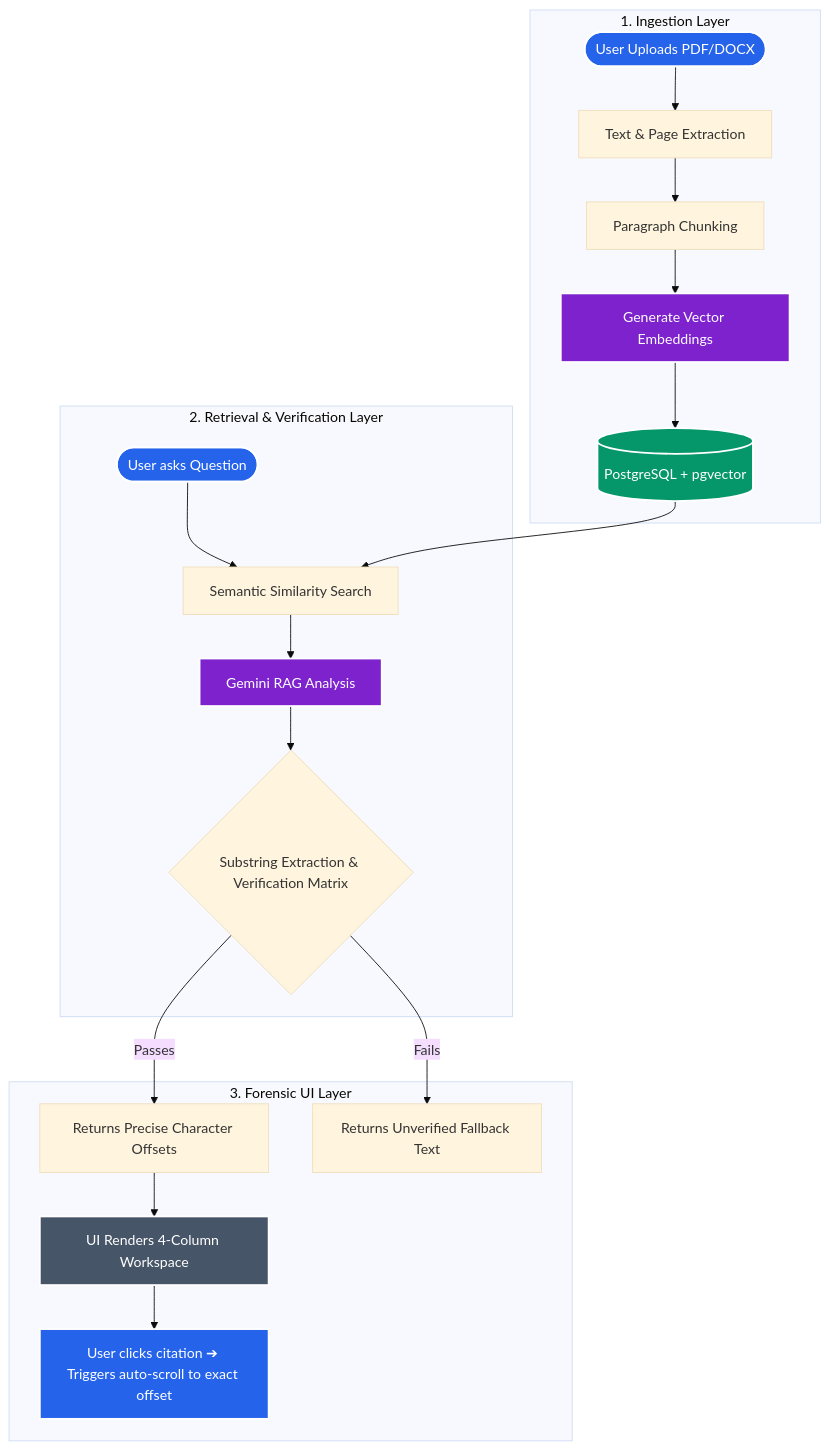
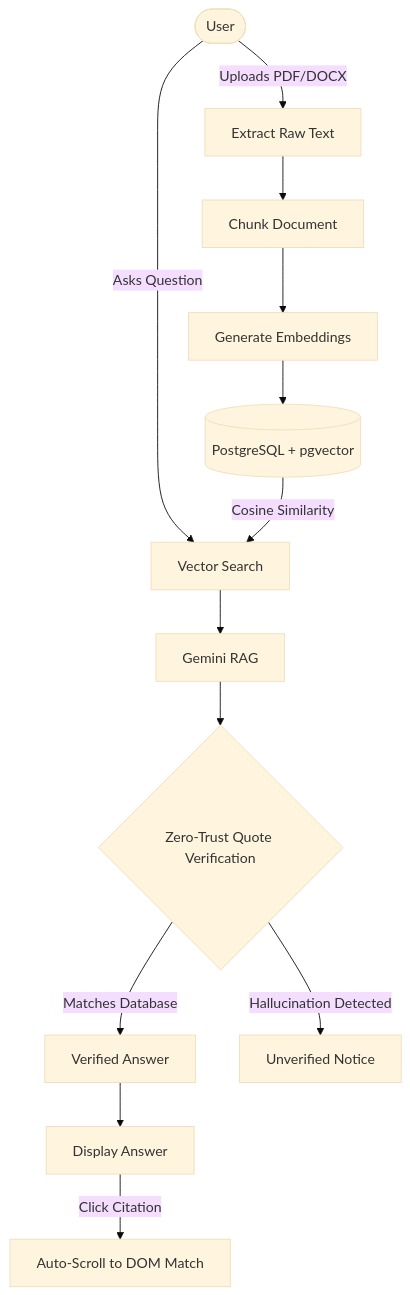
One commit to Garvit-Trivedi/legal-contract-analyzer changed the first of 4 diagrams in README.md. Above: the diagram before and after it, drawn with Mermaid (base theme). The commit also changed other lines of this file and 1 other file, not shown here.

````diff
--- a/README.md
+++ b/README.md
@@ -21,29 +27,18 @@
 ```mermaid
 flowchart TD
-    %% Styling
-    classDef user fill:#2563eb,stroke:#fff,stroke-width:2px,color:#fff
-    classDef ai fill:#7e22ce,stroke:#fff,stroke-width:2px,color:#fff
-    classDef db fill:#059669,stroke:#fff,stroke-width:2px,color:#fff
-    classDef ui fill:#475569,stroke:#fff,stroke-width:2px,color:#fff
-
-    subgraph "1. Ingestion Layer"
-    U([User Uploads PDF/DOCX]):::user --> E[Text & Page Extraction]
-    E --> C[Paragraph Chunking]
-    C --> V[Generate Vector Embeddings]:::ai
-    V --> DB[(PostgreSQL + pgvector)]:::db
-    end
-
-    subgraph "2. Retrieval & Verification Layer"
-    UQ([User asks Question]):::user --> SR[Semantic Similarity Search]
-    DB --> SR
-    SR --> GM[Gemini RAG Analysis]:::ai
-    GM --> VF{Substring Extraction & Verification Matrix}
-    end
-
-    subgraph "3. Forensic UI Layer"
-    VF -- Passes --> H[Returns Precise Character Offsets]
-    VF -- Fails --> NH[Returns Unverified Fallback Text]
-    H --> UI[UI Renders 4-Column Workspace]:::ui
-    UI --> J[User clicks citation ➔ Triggers auto-scroll to exact offset]:::user
-    end
+    %% Base Workflow
+    USER([User]) -->|Uploads PDF/DOCX| EXTRACT[Extract Raw Text]
+    EXTRACT --> CHUNK[Chunk Document]
+    CHUNK --> VEC[Generate Embeddings]
+    VEC --> DB[(PostgreSQL + pgvector)]
+    
+    %% RAG Workflow
+    USER -->|Asks Question| SEARCH[Vector Search]
+    DB -->|Cosine Similarity| SEARCH
+    SEARCH --> LLM[Gemini RAG]
+    LLM --> CITE{Zero-Trust Quote Verification}
+    CITE -- Matches Database --> PASS[Verified Answer]
+    CITE -- Hallucination Detected --> FAIL[Unverified Notice]
+    PASS --> UI[Display Answer]
+    UI -->|Click Citation| NAV[Auto-Scroll to DOM Match]
 ```
````
